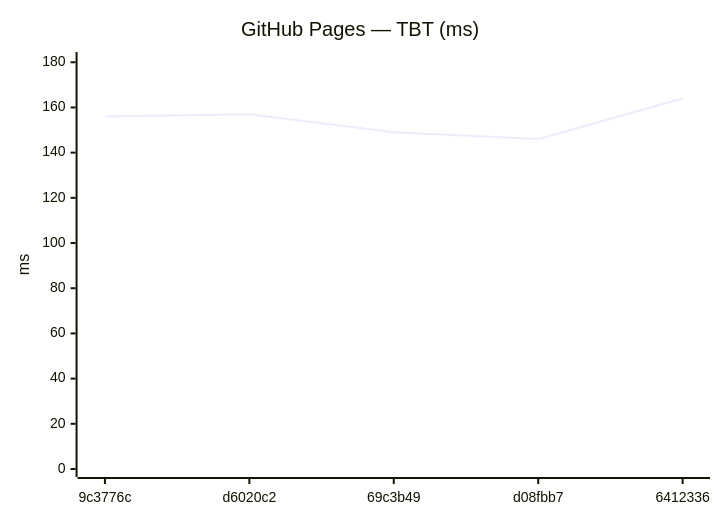
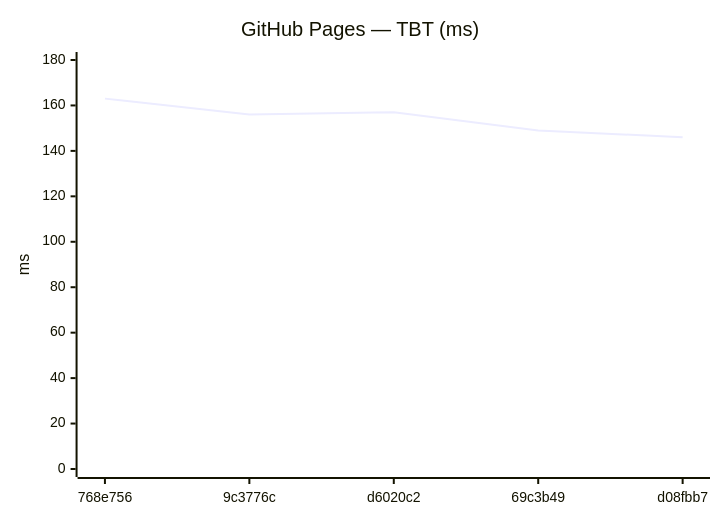
One commit to Metaheurist/Rianell changed the tenth of 18 diagrams in benchmarks/compare.md. Above: the diagram before and after it, drawn with Mermaid. The commit also changed other lines of this file and 11 other files, not shown here.

````diff
--- a/benchmarks/compare.md
+++ b/benchmarks/compare.md
@@ -149,7 +149,7 @@
 ```mermaid
 xychart-beta
     title "GitHub Pages — TBT (ms)"
-    x-axis ["9c3776c", "d6020c2", "69c3b49", "d08fbb7", "6412336"]
-    y-axis "ms" 0 --> 181
-    line [156, 157, 149, 146, 164]
+    x-axis ["768e756", "9c3776c", "d6020c2", "69c3b49", "d08fbb7"]
+    y-axis "ms" 0 --> 180
+    line [163, 156, 157, 149, 146]
 ```
````
